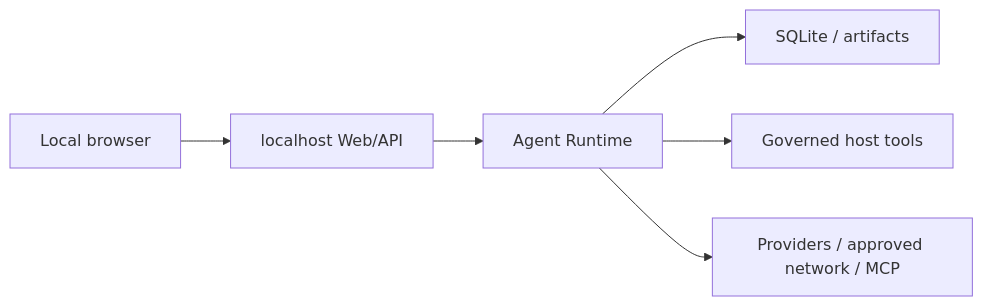
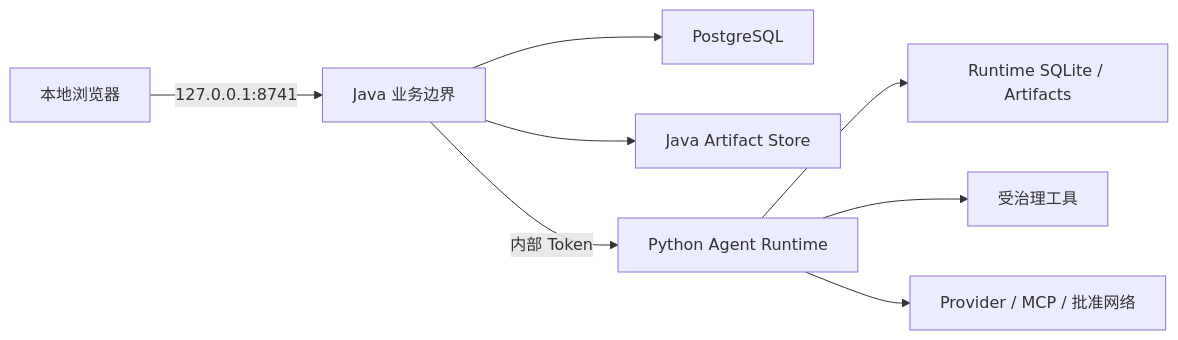
The diagram in docs/threat-model.md (zxl666ab-sketch/agentharness), drawn with Mermaid before and after one commit. The commit also changed other lines of this file and 171 other files, not shown here.

````diff
--- a/docs/threat-model.md
+++ b/docs/threat-model.md
@@ -17,8 +17,10 @@
 ```mermaid
 flowchart LR
-    U["Local browser"] --> API["localhost Web/API"]
-    API --> R["Agent Runtime"]
-    R --> DB["SQLite / artifacts"]
-    R --> HOST["Governed host tools"]
-    R --> EXT["Providers / approved network / MCP"]
+    Browser["本地浏览器"] -->|"127.0.0.1:8741"| Java["Java 业务边界"]
+    Java --> PG["PostgreSQL"]
+    Java --> JArt["Java Artifact Store"]
+    Java -->|"内部 Token"| Agent["Python Agent Runtime"]
+    Agent --> RDB["Runtime SQLite / Artifacts"]
+    Agent --> Tools["受治理工具"]
+    Agent --> External["Provider / MCP / 批准网络"]
 ```
````
